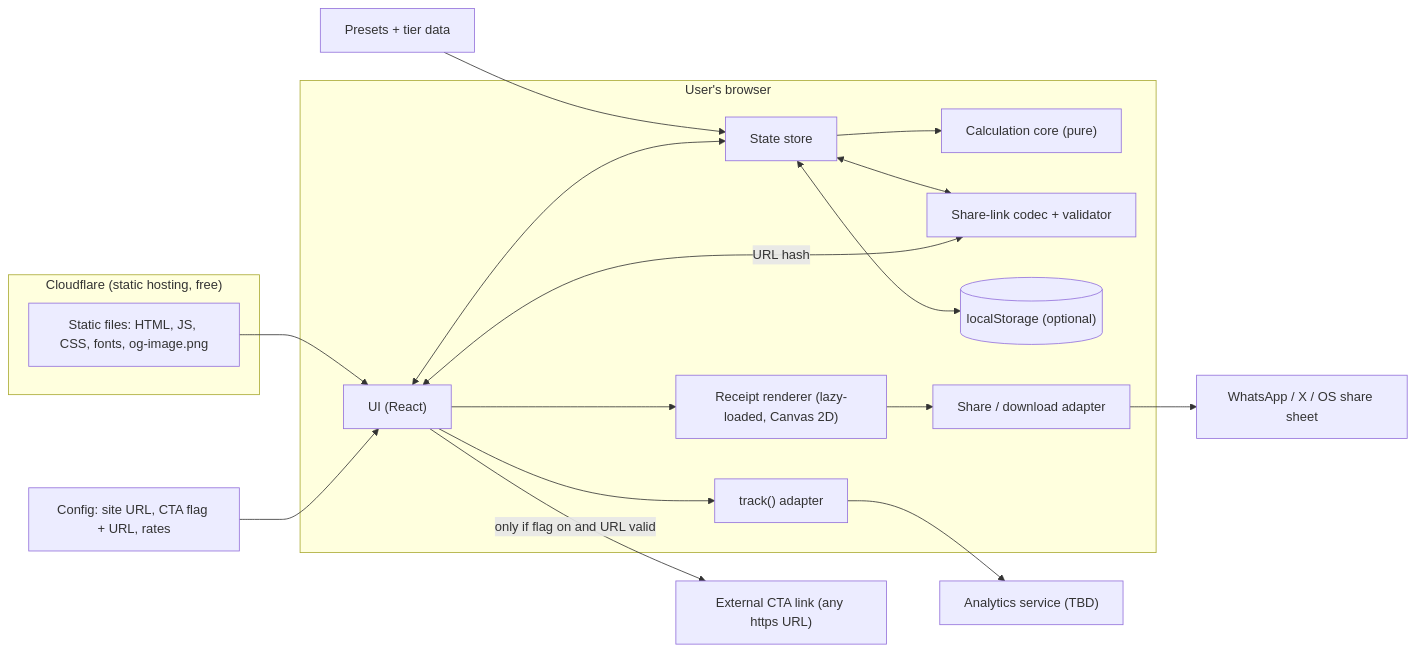
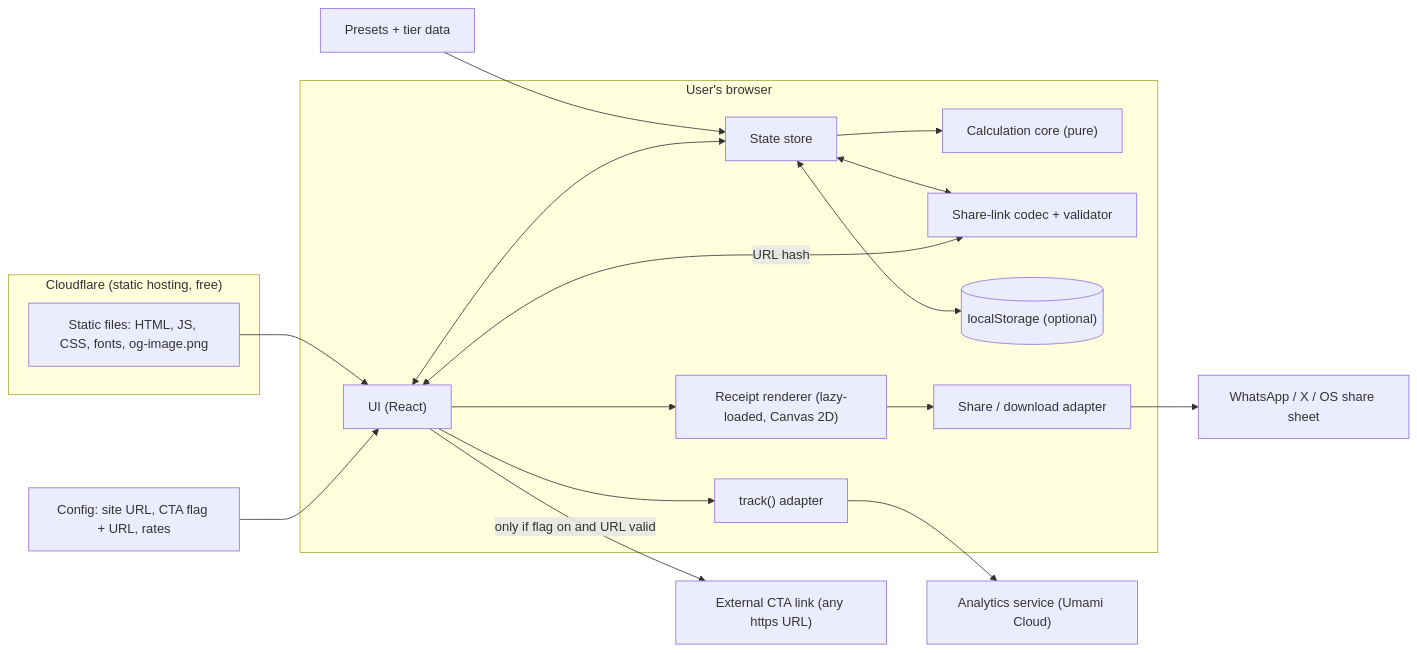
Before and after one commit to simplyjoshardals/detty-splitter: the diagram in ARCHITECTURE.md, drawn with Mermaid. The commit also changed other lines of this file and 13 other files, not shown here.

Commit message:
feat(analytics): wire Umami script and receipt_export, link_copy, cta_click events (T10.3 part B)

````diff
--- a/ARCHITECTURE.md
+++ b/ARCHITECTURE.md
@@ -40,35 +40,35 @@
 ```mermaid
 flowchart LR
   subgraph CF["Cloudflare (static hosting, free)"]
     A["Static files: HTML, JS, CSS, fonts, og-image.png"]
   end
 
   subgraph B["User's browser"]
     UI["UI (React)"]
     S["State store"]
     CALC["Calculation core (pure)"]
     CODEC["Share-link codec + validator"]
     LS[("localStorage (optional)")]
     REC["Receipt renderer (lazy-loaded, Canvas 2D)"]
     SH["Share / download adapter"]
     AN["track() adapter"]
   end
 
   CFG["Config: site URL, CTA flag + URL, rates"]
   PRE["Presets + tier data"]
-  AT["Analytics service (TBD)"]
+  AT["Analytics service (Umami Cloud)"]
   WA["WhatsApp / X / OS share sheet"]
   CTA["External CTA link (any https URL)"]
 
   A --> UI
   CFG --> UI
   PRE --> S
   UI <--> S
   S --> CALC
   S <--> CODEC
   CODEC <-->|"URL hash"| UI
   S <--> LS
   UI --> REC --> SH --> WA
   UI --> AN --> AT
   UI -->|"only if flag on and URL valid"| CTA
 ```
````
